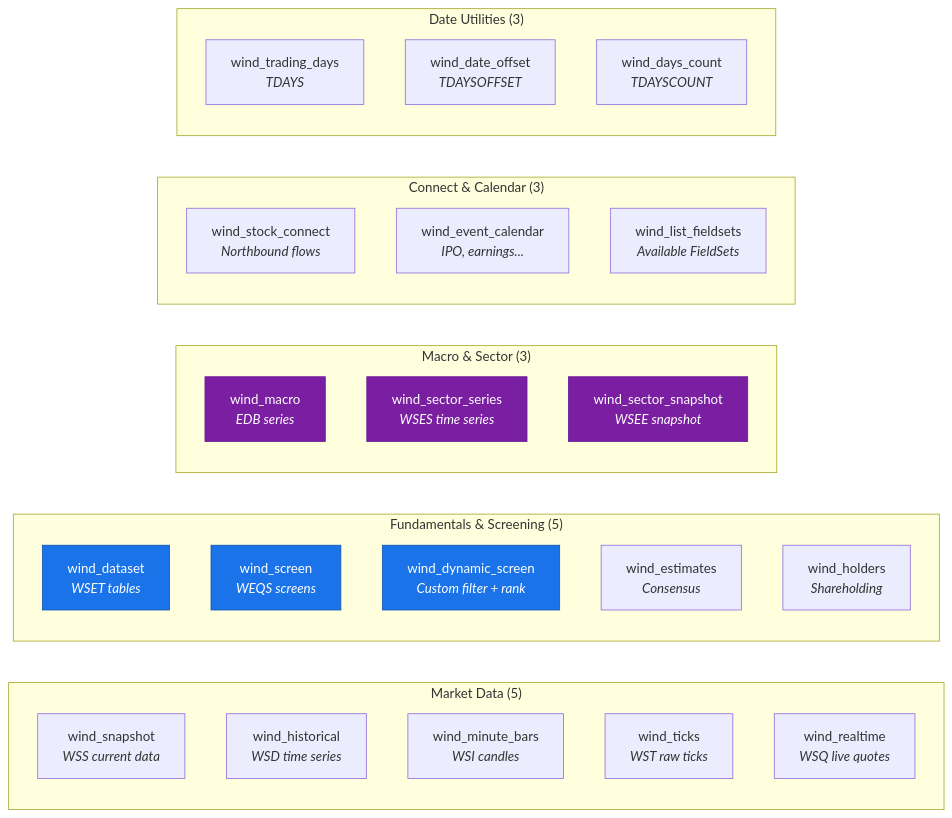
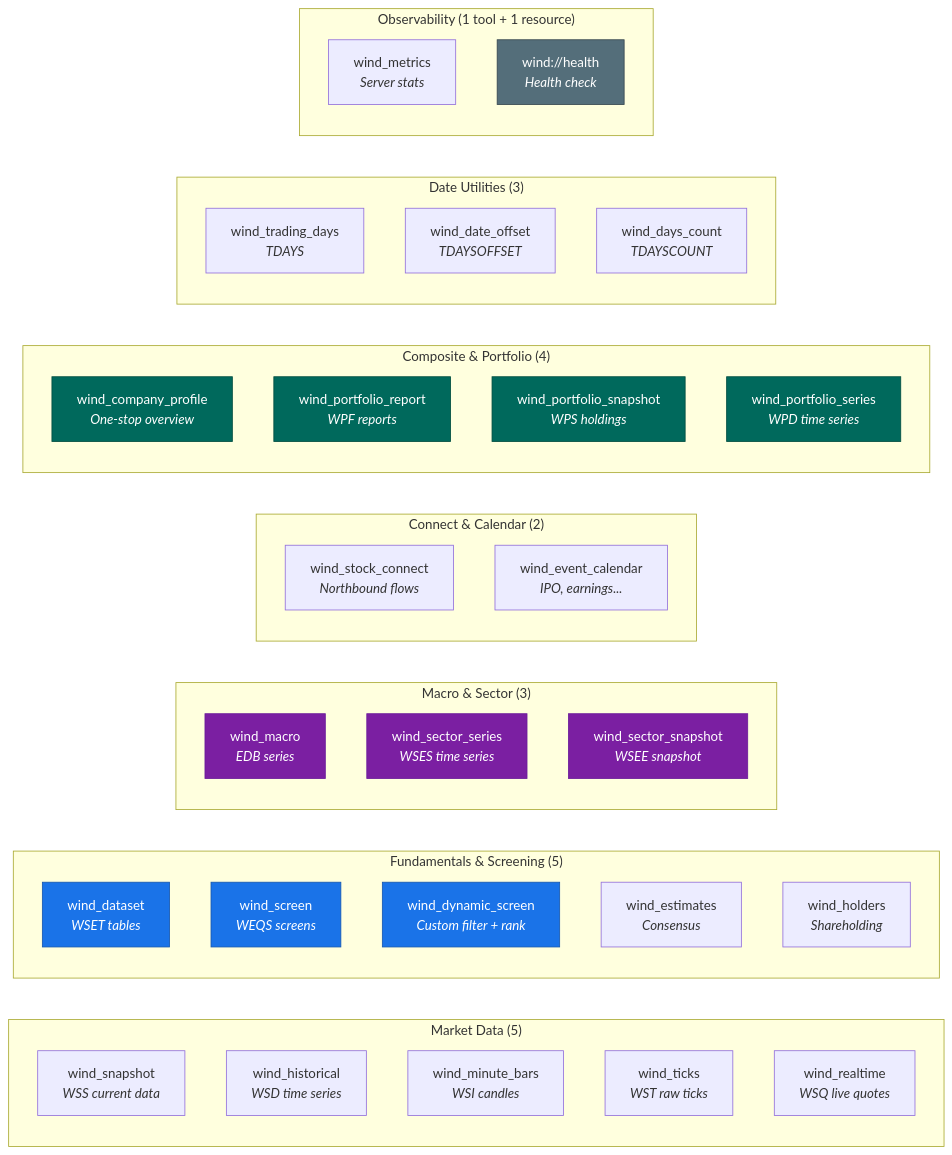
One commit to QmQsun/Wind-MCP changed the second of 5 diagrams in README.md. Above: the diagram before and after it, drawn with Mermaid. The commit also changed other lines of this file and 6 other files, not shown here.

````diff
--- a/README.md
+++ b/README.md
@@ -77,43 +79,59 @@
 ```mermaid
 graph LR
     subgraph "Market Data (5)"
         T1["wind_snapshot<br/><i>WSS current data</i>"]
         T2["wind_historical<br/><i>WSD time series</i>"]
         T3["wind_minute_bars<br/><i>WSI candles</i>"]
         T4["wind_ticks<br/><i>WST raw ticks</i>"]
         T5["wind_realtime<br/><i>WSQ live quotes</i>"]
     end
 
     subgraph "Fundamentals & Screening (5)"
         T6["wind_dataset<br/><i>WSET tables</i>"]
         T7["wind_screen<br/><i>WEQS screens</i>"]
         T8["wind_dynamic_screen<br/><i>Custom filter + rank</i>"]
         T9["wind_estimates<br/><i>Consensus</i>"]
         T10["wind_holders<br/><i>Shareholding</i>"]
     end
 
     subgraph "Macro & Sector (3)"
         T11["wind_macro<br/><i>EDB series</i>"]
         T12["wind_sector_series<br/><i>WSES time series</i>"]
         T13["wind_sector_snapshot<br/><i>WSEE snapshot</i>"]
     end
 
-    subgraph "Connect & Calendar (3)"
+    subgraph "Connect & Calendar (2)"
         T14["wind_stock_connect<br/><i>Northbound flows</i>"]
         T15["wind_event_calendar<br/><i>IPO, earnings...</i>"]
-        T16["wind_list_fieldsets<br/><i>Available FieldSets</i>"]
+    end
+
+    subgraph "Composite & Portfolio (4)"
+        T16["wind_company_profile<br/><i>One-stop overview</i>"]
+        T17["wind_portfolio_report<br/><i>WPF reports</i>"]
+        T18["wind_portfolio_snapshot<br/><i>WPS holdings</i>"]
+        T19["wind_portfolio_series<br/><i>WPD time series</i>"]
     end
 
     subgraph "Date Utilities (3)"
-        T17["wind_trading_days<br/><i>TDAYS</i>"]
-        T18["wind_date_offset<br/><i>TDAYSOFFSET</i>"]
-        T19["wind_days_count<br/><i>TDAYSCOUNT</i>"]
+        T20["wind_trading_days<br/><i>TDAYS</i>"]
+        T21["wind_date_offset<br/><i>TDAYSOFFSET</i>"]
+        T22["wind_days_count<br/><i>TDAYSCOUNT</i>"]
+    end
+
+    subgraph "Observability (1 tool + 1 resource)"
+        T23["wind_metrics<br/><i>Server stats</i>"]
+        R1["wind://health<br/><i>Health check</i>"]
     end
 
     style T6 fill:#1a73e8,stroke:#1557b0,color:#fff
     style T7 fill:#1a73e8,stroke:#1557b0,color:#fff
     style T8 fill:#1a73e8,stroke:#1557b0,color:#fff
     style T11 fill:#7b1fa2,stroke:#6a1b9a,color:#fff
     style T12 fill:#7b1fa2,stroke:#6a1b9a,color:#fff
     style T13 fill:#7b1fa2,stroke:#6a1b9a,color:#fff
+    style T16 fill:#00695c,stroke:#004d40,color:#fff
+    style T17 fill:#00695c,stroke:#004d40,color:#fff
+    style T18 fill:#00695c,stroke:#004d40,color:#fff
+    style T19 fill:#00695c,stroke:#004d40,color:#fff
+    style R1 fill:#546e7a,stroke:#37474f,color:#fff
 ```
````
